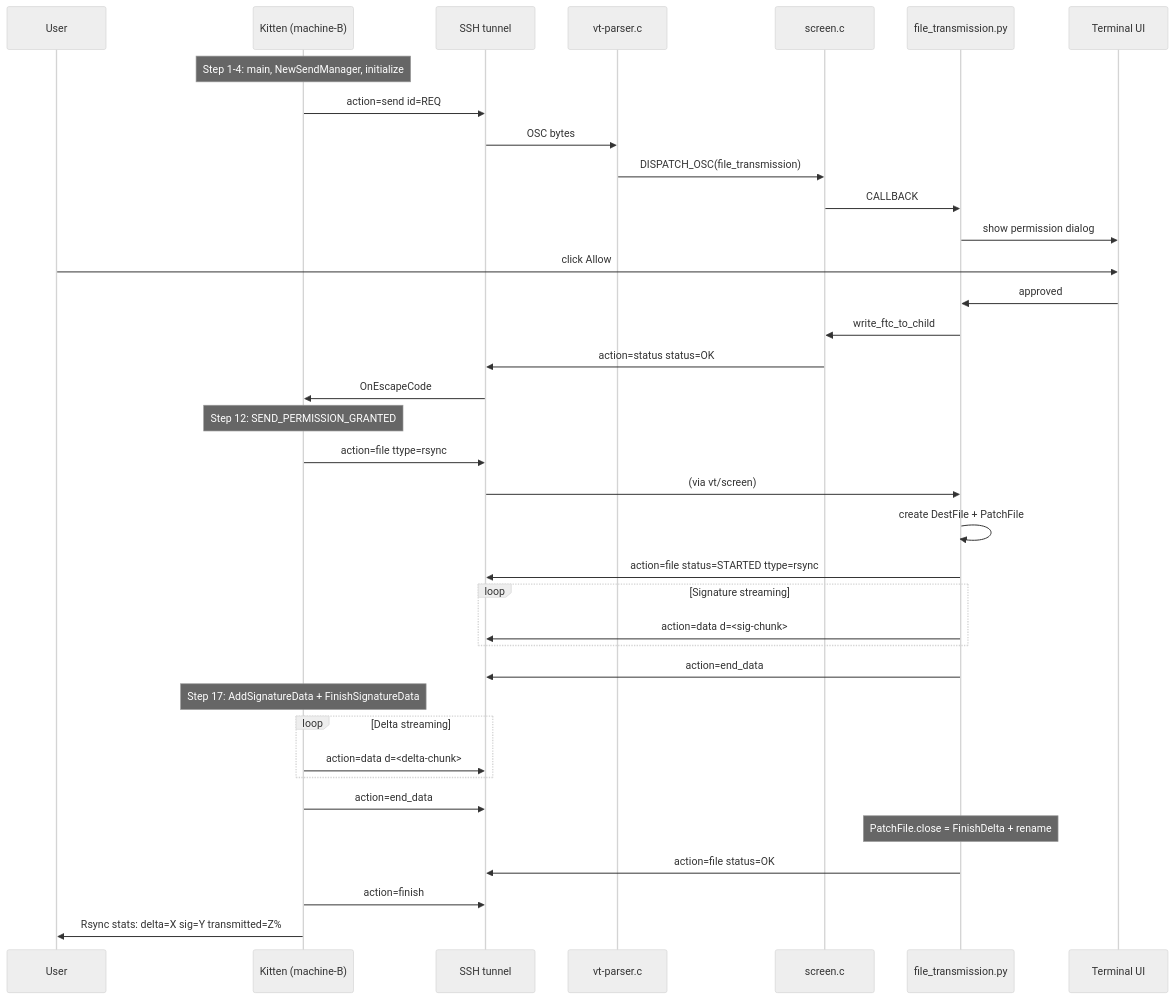
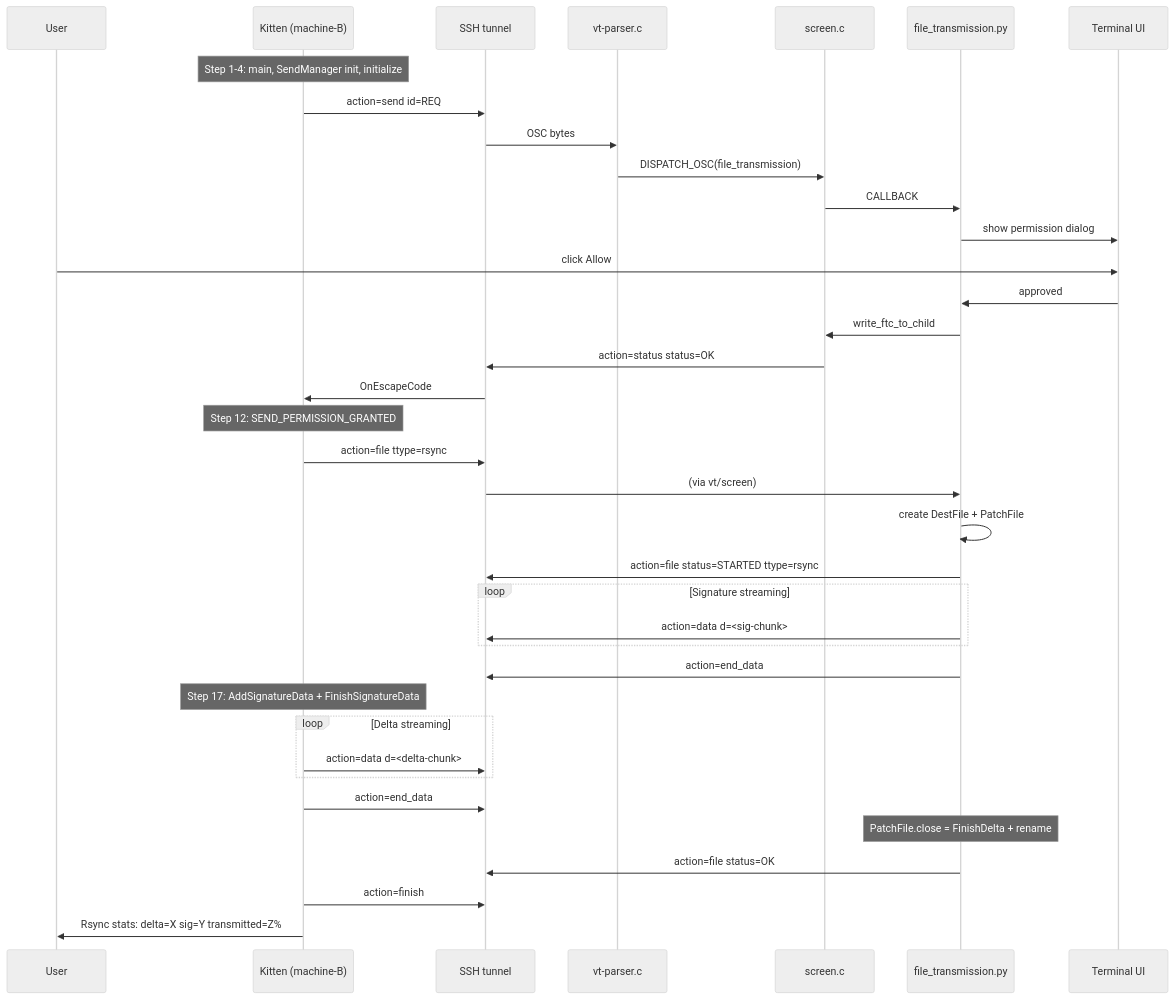
Before and after one commit to blitzy-research/kitty: the fifth of 5 diagrams in blitzy/documentation/kitty_815df1e210e0.md, drawn with Mermaid (neutral theme). The commit also changed other lines of this file, not shown here.

First line of the commit message:
docs: address QA findings — fix NewSendManager hallucination + 7 line drifts

````diff
--- a/blitzy/documentation/kitty_815df1e210e0.md
+++ b/blitzy/documentation/kitty_815df1e210e0.md
@@ -2965,45 +2978,45 @@
 ```mermaid
 sequenceDiagram
     participant U as User
     participant K as Kitten (machine-B)
     participant S as SSH tunnel
     participant V as vt-parser.c
     participant SC as screen.c
     participant FT as file_transmission.py
     participant T as Terminal UI
 
-    Note over K: Step 1-4: main, NewSendManager, initialize
+    Note over K: Step 1-4: main, SendManager init, initialize
     K->>S: action=send id=REQ
     S->>V: OSC bytes
     V->>SC: DISPATCH_OSC(file_transmission)
     SC->>FT: CALLBACK
     FT->>T: show permission dialog
     U->>T: click Allow
     T->>FT: approved
     FT->>SC: write_ftc_to_child
     SC->>S: action=status status=OK
     S->>K: OnEscapeCode
     Note over K: Step 12: SEND_PERMISSION_GRANTED
 
     K->>S: action=file ttype=rsync
     S->>FT: (via vt/screen)
     FT->>FT: create DestFile + PatchFile
 
     FT->>S: action=file status=STARTED ttype=rsync
     loop Signature streaming
         FT->>S: action=data d=<sig-chunk>
     end
     FT->>S: action=end_data
     Note over K: Step 17: AddSignatureData + FinishSignatureData
 
     loop Delta streaming
         K->>S: action=data d=<delta-chunk>
     end
     K->>S: action=end_data
 
     Note over FT: PatchFile.close = FinishDelta + rename
 
     FT->>S: action=file status=OK
     K->>S: action=finish
     K->>U: Rsync stats: delta=X sig=Y transmitted=Z%
 ```
````
